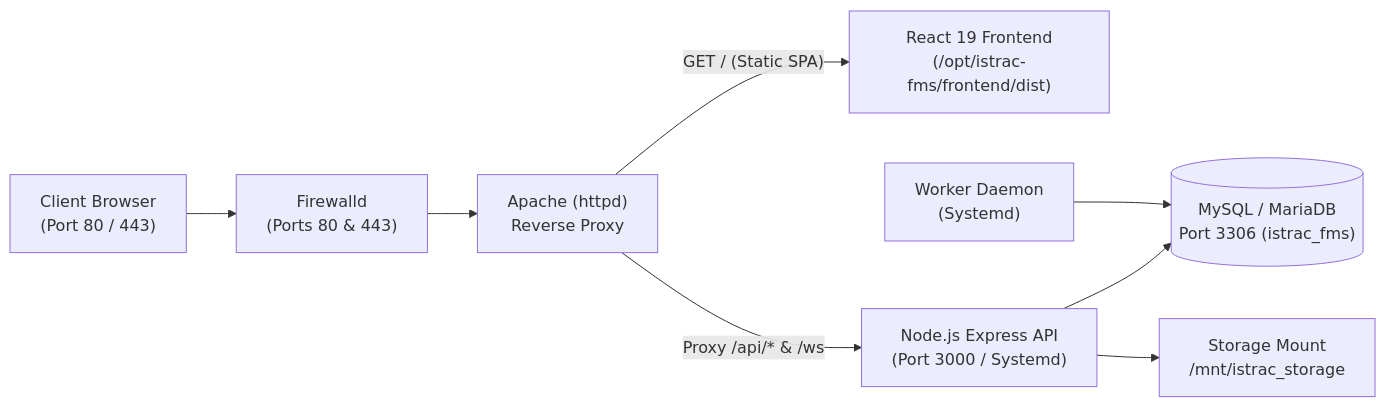
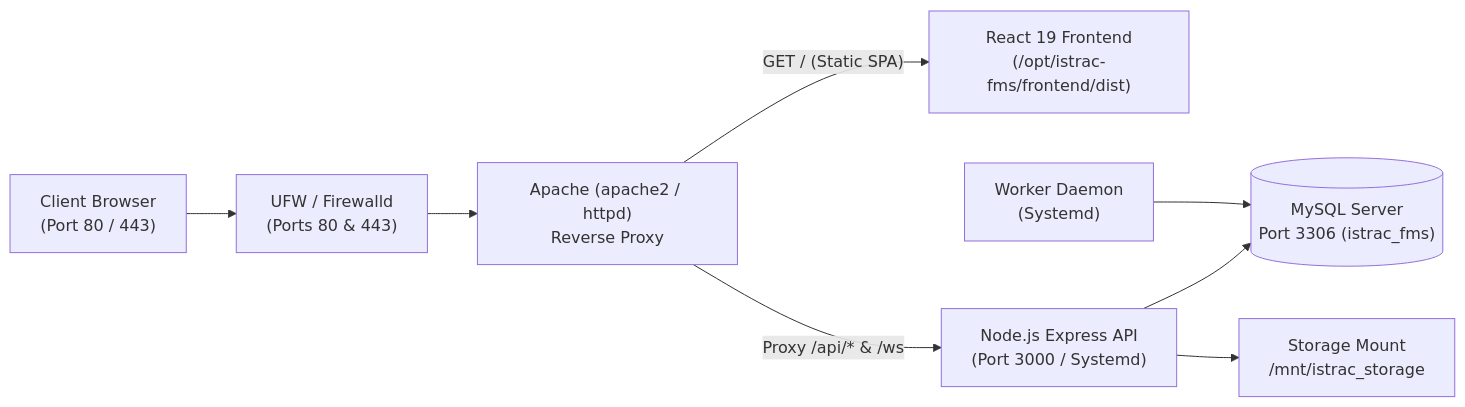
Before and after one commit to akash-vishwakarma-akashaveda/istrac-fms: the diagram in STARTUP_GUIDE.md, drawn with Mermaid. The commit also changed other lines of this file and 1 other file, not shown here.

````diff
--- a/STARTUP_GUIDE.md
+++ b/STARTUP_GUIDE.md
@@ -150,10 +196,10 @@
 ```mermaid
 flowchart LR
-    Browser["Client Browser\n(Port 80 / 443)"] --> Firewall["Firewalld\n(Ports 80 & 443)"]
-    Firewall --> Apache["Apache (httpd)\nReverse Proxy"]
+    Browser["Client Browser\n(Port 80 / 443)"] --> Firewall["UFW / Firewalld\n(Ports 80 & 443)"]
+    Firewall --> Apache["Apache (apache2 / httpd)\nReverse Proxy"]
     Apache -->|"GET / (Static SPA)"| Frontend["React 19 Frontend\n(/opt/istrac-fms/frontend/dist)"]
     Apache -->|"Proxy /api/* & /ws"| Backend["Node.js Express API\n(Port 3000 / Systemd)"]
-    Backend --> MySQL[("MySQL / MariaDB\nPort 3306 (istrac_fms)")]
+    Backend --> MySQL[("MySQL Server\nPort 3306 (istrac_fms)")]
     Backend --> Storage["Storage Mount\n/mnt/istrac_storage"]
     Worker["Worker Daemon\n(Systemd)"] --> MySQL
 ```
````
